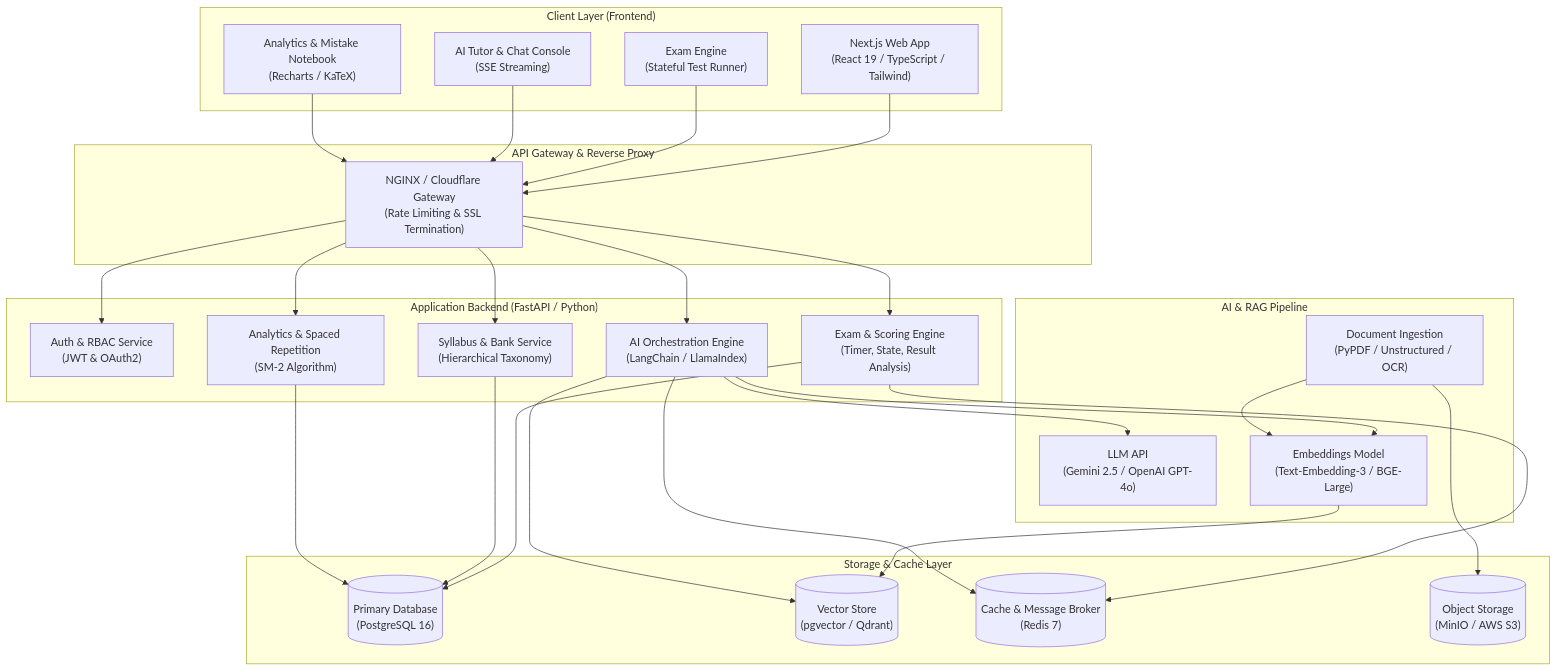
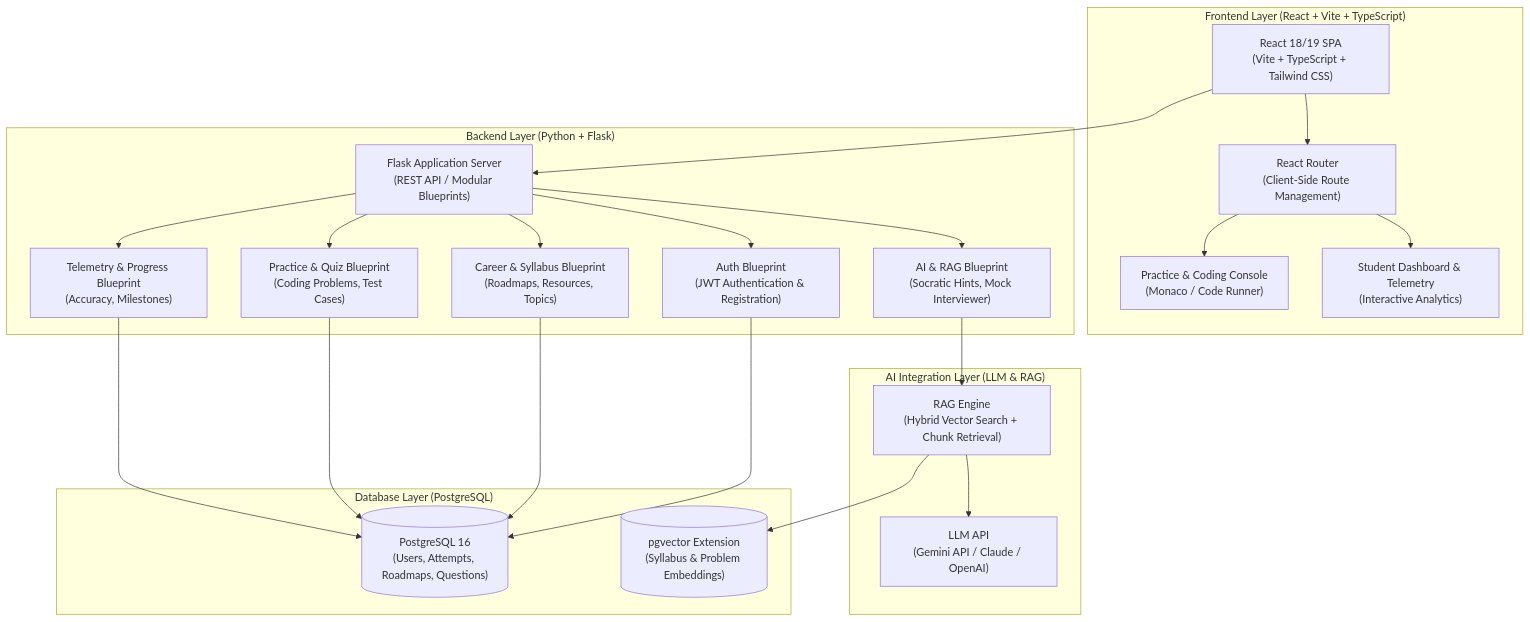
Before and after one commit to buildwithsitu/ai-exam-preparation: the first of 3 diagrams in docs/architecture.md, drawn with Mermaid. The commit also changed other lines of this file and 48 other files, not shown here.

````diff
--- a/docs/architecture.md
+++ b/docs/architecture.md
@@ -7,60 +7,48 @@
 ```mermaid
 flowchart TD
-    subgraph ClientLayer["Client Layer (Frontend)"]
-        WebClient["Next.js Web App\n(React 19 / TypeScript / Tailwind)"]
-        ExamConsole["Exam Engine\n(Stateful Test Runner)"]
-        AITutorUI["AI Tutor & Chat Console\n(SSE Streaming)"]
-        AnalyticsUI["Analytics & Mistake Notebook\n(Recharts / KaTeX)"]
+    subgraph ClientLayer["Frontend Layer (React + Vite + TypeScript)"]
+        WebApp["React 18/19 SPA\n(Vite + TypeScript + Tailwind CSS)"]
+        Router["React Router\n(Client-Side Route Management)"]
+        CodingConsole["Practice & Coding Console\n(Monaco / Code Runner)"]
+        DashboardUI["Student Dashboard & Telemetry\n(Interactive Analytics)"]
     end
 
-    subgraph APILayer["API Gateway & Reverse Proxy"]
-        NginxGateway["NGINX / Cloudflare Gateway\n(Rate Limiting & SSL Termination)"]
+    subgraph APILayer["Backend Layer (Python + Flask)"]
+        FlaskServer["Flask Application Server\n(REST API / Modular Blueprints)"]
+        AuthBP["Auth Blueprint\n(JWT Authentication & Registration)"]
+        CareerBP["Career & Syllabus Blueprint\n(Roadmaps, Resources, Topics)"]
+        PracticeBP["Practice & Quiz Blueprint\n(Coding Problems, Test Cases)"]
+        TelemetryBP["Telemetry & Progress Blueprint\n(Accuracy, Milestones)"]
+        AIBP["AI & RAG Blueprint\n(Socratic Hints, Mock Interviewer)"]
     end
 
-    subgraph ServiceLayer["Application Backend (FastAPI / Python)"]
-        AuthService["Auth & RBAC Service\n(JWT & OAuth2)"]
-        ExamService["Exam & Scoring Engine\n(Timer, State, Result Analysis)"]
-        SyllabusService["Syllabus & Bank Service\n(Hierarchical Taxonomy)"]
-        AIEngine["AI Orchestration Engine\n(LangChain / LlamaIndex)"]
-        AnalyticsService["Analytics & Spaced Repetition\n(SM-2 Algorithm)"]
+    subgraph DataLayer["Database Layer (PostgreSQL)"]
+        PostgresDB[("PostgreSQL 16\n(Users, Attempts, Roadmaps, Questions)")]
+        PGVector[("pgvector Extension\n(Syllabus & Problem Embeddings)")]
     end
 
-    subgraph AILayer["AI & RAG Pipeline"]
-        LLMProvider["LLM API\n(Gemini 2.5 / OpenAI GPT-4o)"]
-        EmbeddingEngine["Embeddings Model\n(Text-Embedding-3 / BGE-Large)"]
-        DocumentParser["Document Ingestion\n(PyPDF / Unstructured / OCR)"]
+    subgraph AILayer["AI Integration Layer (LLM & RAG)"]
+        RAGPipeline["RAG Engine\n(Hybrid Vector Search + Chunk Retrieval)"]
+        LLMProvider["LLM API\n(Gemini API / Claude / OpenAI)"]
     end
 
-    subgraph DataLayer["Storage & Cache Layer"]
-        PostgresDB[("Primary Database\n(PostgreSQL 16)")]
-        VectorStore[("Vector Store\n(pgvector / Qdrant)")]
-        RedisCache[("Cache & Message Broker\n(Redis 7)")]
-        ObjectStore[("Object Storage\n(MinIO / AWS S3)")]
-    end
+    WebApp --> Router
+    Router --> CodingConsole
+    Router --> DashboardUI
 
-    WebClient --> NginxGateway
-    ExamConsole --> NginxGateway
-    AITutorUI --> NginxGateway
-    AnalyticsUI --> NginxGateway
+    WebApp --> FlaskServer
+    FlaskServer --> AuthBP
+    FlaskServer --> CareerBP
+    FlaskServer --> PracticeBP
+    FlaskServer --> TelemetryBP
+    FlaskServer --> AIBP
 
-    NginxGateway --> AuthService
-    NginxGateway --> ExamService
-    NginxGateway --> SyllabusService
-    NginxGateway --> AIEngine
-    NginxGateway --> AnalyticsService
+    AuthBP --> PostgresDB
+    CareerBP --> PostgresDB
+    PracticeBP --> PostgresDB
+    TelemetryBP --> PostgresDB
 
-    AIEngine --> LLMProvider
-    AIEngine --> EmbeddingEngine
-    DocumentParser --> EmbeddingEngine
-
-    ExamService --> PostgresDB
-    SyllabusService --> PostgresDB
-    AnalyticsService --> PostgresDB
-
-    EmbeddingEngine --> VectorStore
-    AIEngine --> VectorStore
-
-    ExamService --> RedisCache
-    AIEngine --> RedisCache
-    DocumentParser --> ObjectStore
+    AIBP --> RAGPipeline
+    RAGPipeline --> PGVector
+    RAGPipeline --> LLMProvider
 ```
````
